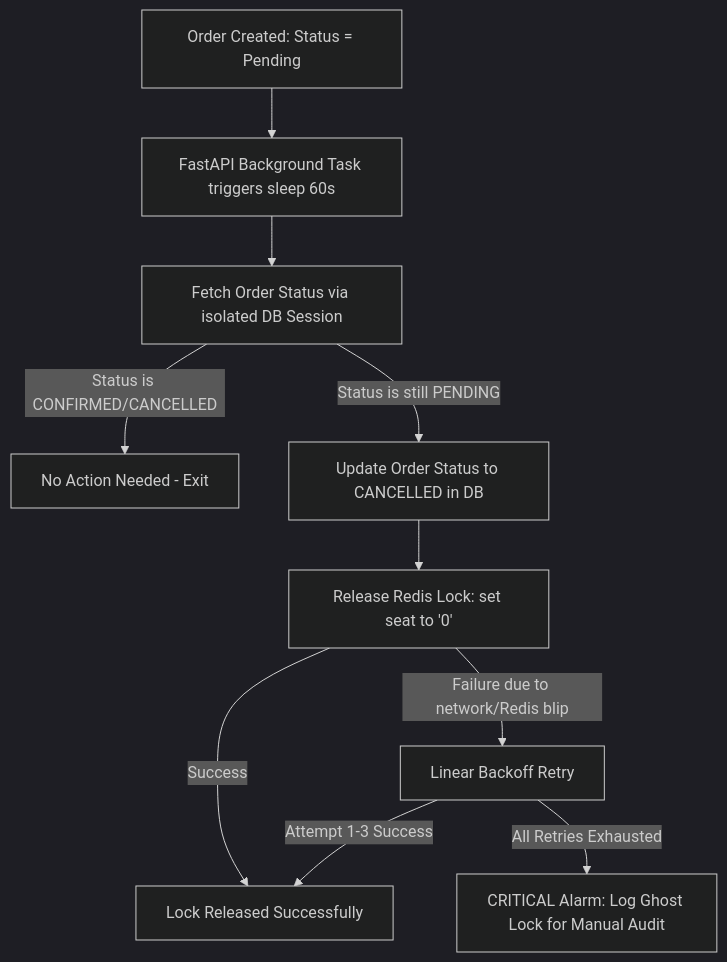
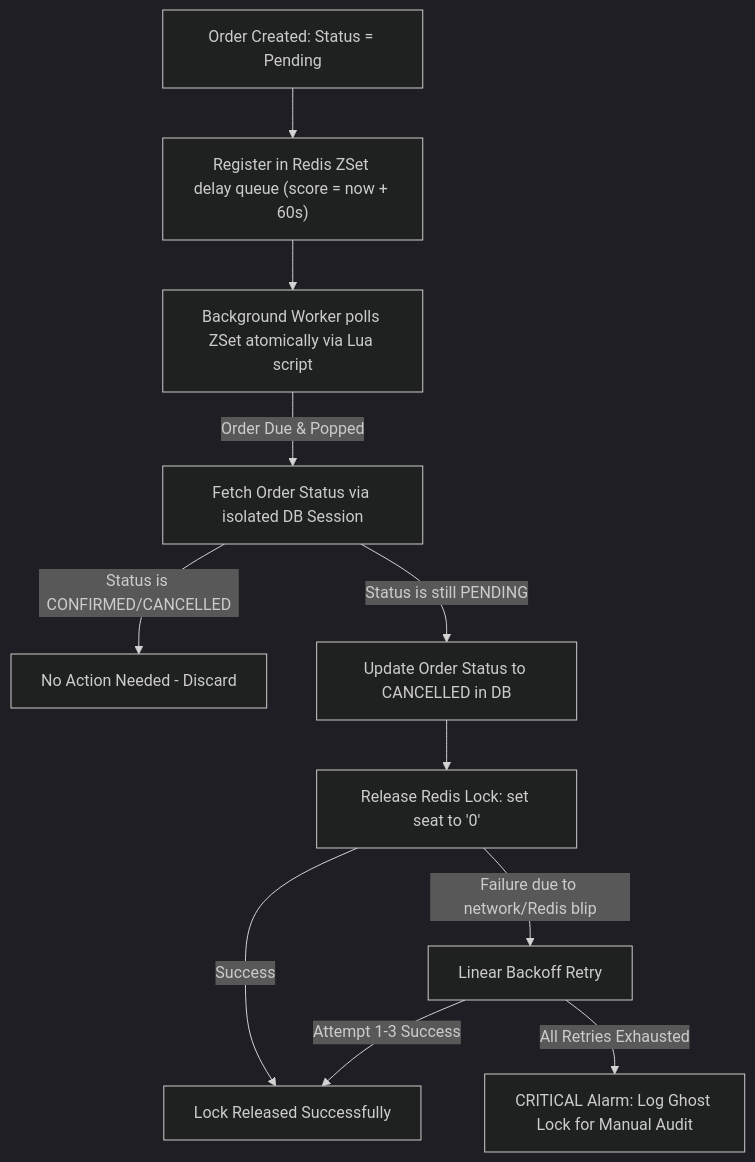
One commit to DEM-YU/flight_backend_project changed the second of 2 diagrams in README.md. Above: the diagram before and after it, drawn with Mermaid (dark theme). The commit also changed other lines of this file and 4 other files, not shown here.

Commit message:
feat: replace in-memory timeout with crash-resilient Redis ZSet delay queue

````diff
--- a/README.md
+++ b/README.md
@@ -66,12 +66,13 @@
 ```mermaid
 graph TD
-    A[Order Created: Status = Pending] --> B[FastAPI Background Task triggers sleep 60s]
-    B --> C[Fetch Order Status via isolated DB Session]
-    C -->|Status is CONFIRMED/CANCELLED| D[No Action Needed - Exit]
-    C -->|Status is still PENDING| E[Update Order Status to CANCELLED in DB]
-    E --> F[Release Redis Lock: set seat to '0']
-    F -->|Success| G[Lock Released Successfully]
-    F -->|Failure due to network/Redis blip| H[Linear Backoff Retry]
-    H -->|Attempt 1-3 Success| G
-    H -->|All Retries Exhausted| I[CRITICAL Alarm: Log Ghost Lock for Manual Audit]
+    A[Order Created: Status = Pending] --> B["Register in Redis ZSet delay queue (score = now + 60s)"]
+    B --> C["Background Worker polls ZSet atomically via Lua script"]
+    C -->|Order Due & Popped| D[Fetch Order Status via isolated DB Session]
+    D -->|Status is CONFIRMED/CANCELLED| E[No Action Needed - Discard]
+    D -->|Status is still PENDING| F[Update Order Status to CANCELLED in DB]
+    F --> G["Release Redis Lock: set seat to '0'"]
+    G -->|Success| H[Lock Released Successfully]
+    G -->|Failure due to network/Redis blip| I[Linear Backoff Retry]
+    I -->|Attempt 1-3 Success| H
+    I -->|All Retries Exhausted| J[CRITICAL Alarm: Log Ghost Lock for Manual Audit]
 ```
````
